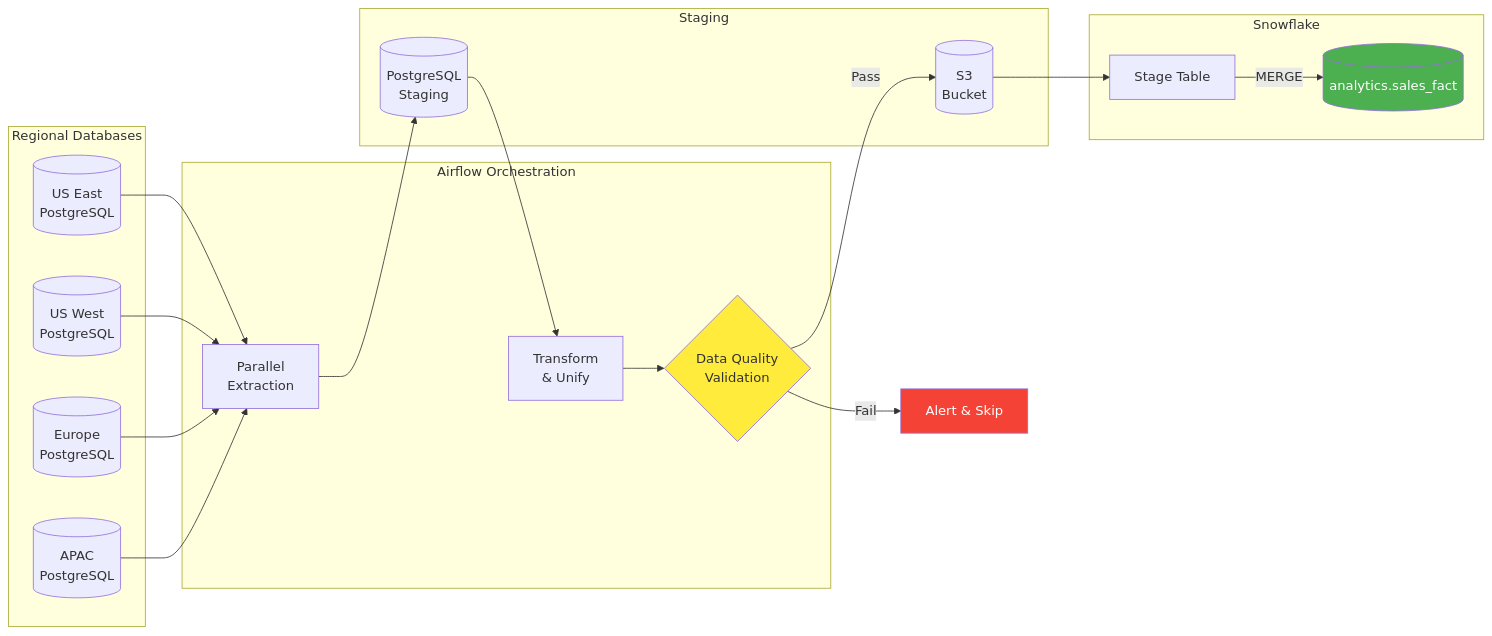
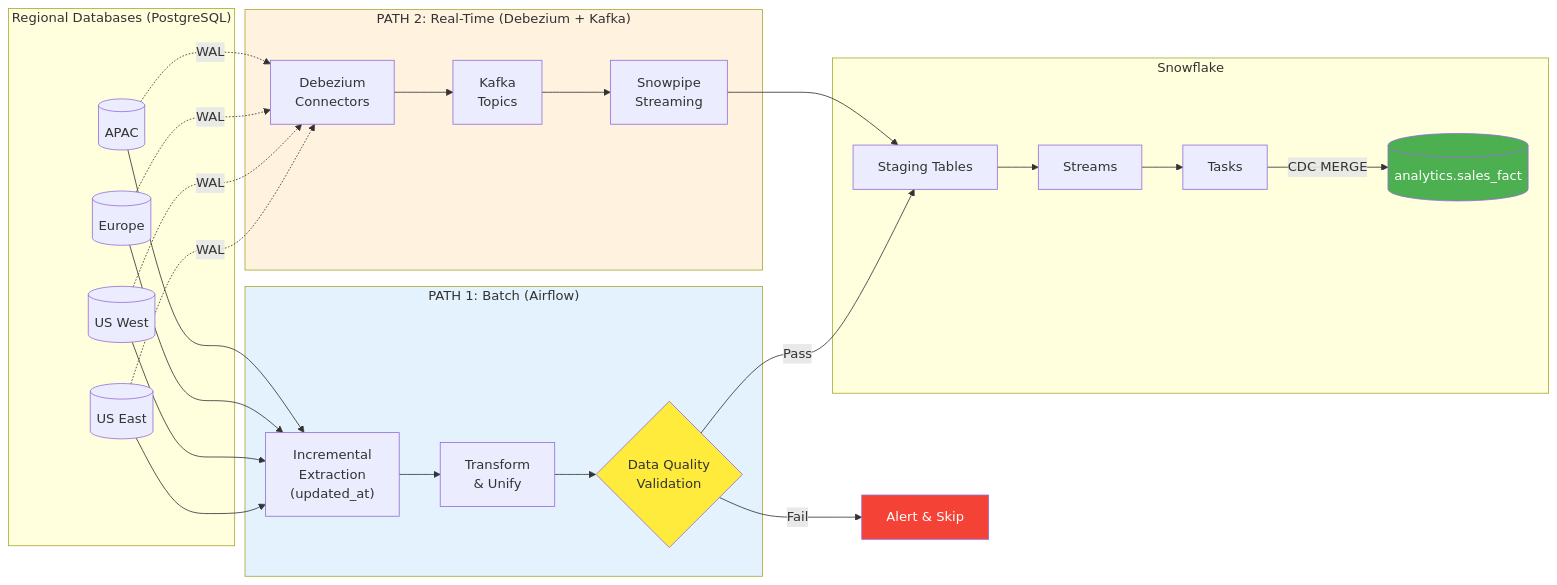
One commit to greenwichg/airflow_etl_pipeline changed the first of 6 diagrams in README.md. Above: the diagram before and after it, drawn with Mermaid. The commit also changed other lines of this file and 13 other files, not shown here.

````diff
--- a/README.md
+++ b/README.md
@@ -38,34 +41,42 @@
 ```mermaid
 graph LR
-    subgraph Sources["Regional Databases"]
-        PG1[(US East<br/>PostgreSQL)]
-        PG2[(US West<br/>PostgreSQL)]
-        PG3[(Europe<br/>PostgreSQL)]
-        PG4[(APAC<br/>PostgreSQL)]
+    subgraph Sources["Regional Databases (PostgreSQL)"]
+        PG1[(US East)]
+        PG2[(US West)]
+        PG3[(Europe)]
+        PG4[(APAC)]
     end
 
-    subgraph Airflow["Airflow Orchestration"]
-        EXT["Parallel<br/>Extraction"]
+    subgraph BatchPath["PATH 1: Batch (Airflow)"]
+        EXT["Incremental<br/>Extraction<br/>(updated_at)"]
         TRN["Transform<br/>& Unify"]
         VAL{"Data Quality<br/>Validation"}
     end
 
-    subgraph Staging
-        STG[(PostgreSQL<br/>Staging)]
-        S3[(S3<br/>Bucket)]
+    subgraph CDCPath["PATH 2: Real-Time (Debezium + Kafka)"]
+        DBZ["Debezium<br/>Connectors"]
+        KFK["Kafka<br/>Topics"]
+        SNP["Snowpipe<br/>Streaming"]
     end
 
     subgraph Warehouse["Snowflake"]
-        SF_STG[Stage Table]
+        SF_STG[Staging Tables]
+        STREAM["Streams"]
+        TASK["Tasks"]
         SF_FINAL[(analytics.sales_fact)]
     end
 
     PG1 & PG2 & PG3 & PG4 --> EXT
-    EXT --> STG --> TRN --> VAL
-    VAL -->|Pass| S3 --> SF_STG -->|MERGE| SF_FINAL
+    PG1 & PG2 & PG3 & PG4 -.->|WAL| DBZ
+
+    EXT --> TRN --> VAL -->|Pass| SF_STG
+    DBZ --> KFK --> SNP --> SF_STG
+    SF_STG --> STREAM --> TASK -->|CDC MERGE| SF_FINAL
     VAL -->|Fail| ALERT[Alert & Skip]
 
     style VAL fill:#ffeb3b
     style ALERT fill:#f44336,color:#fff
     style SF_FINAL fill:#4caf50,color:#fff
+    style CDCPath fill:#fff3e0
+    style BatchPath fill:#e3f2fd
 ```
````
